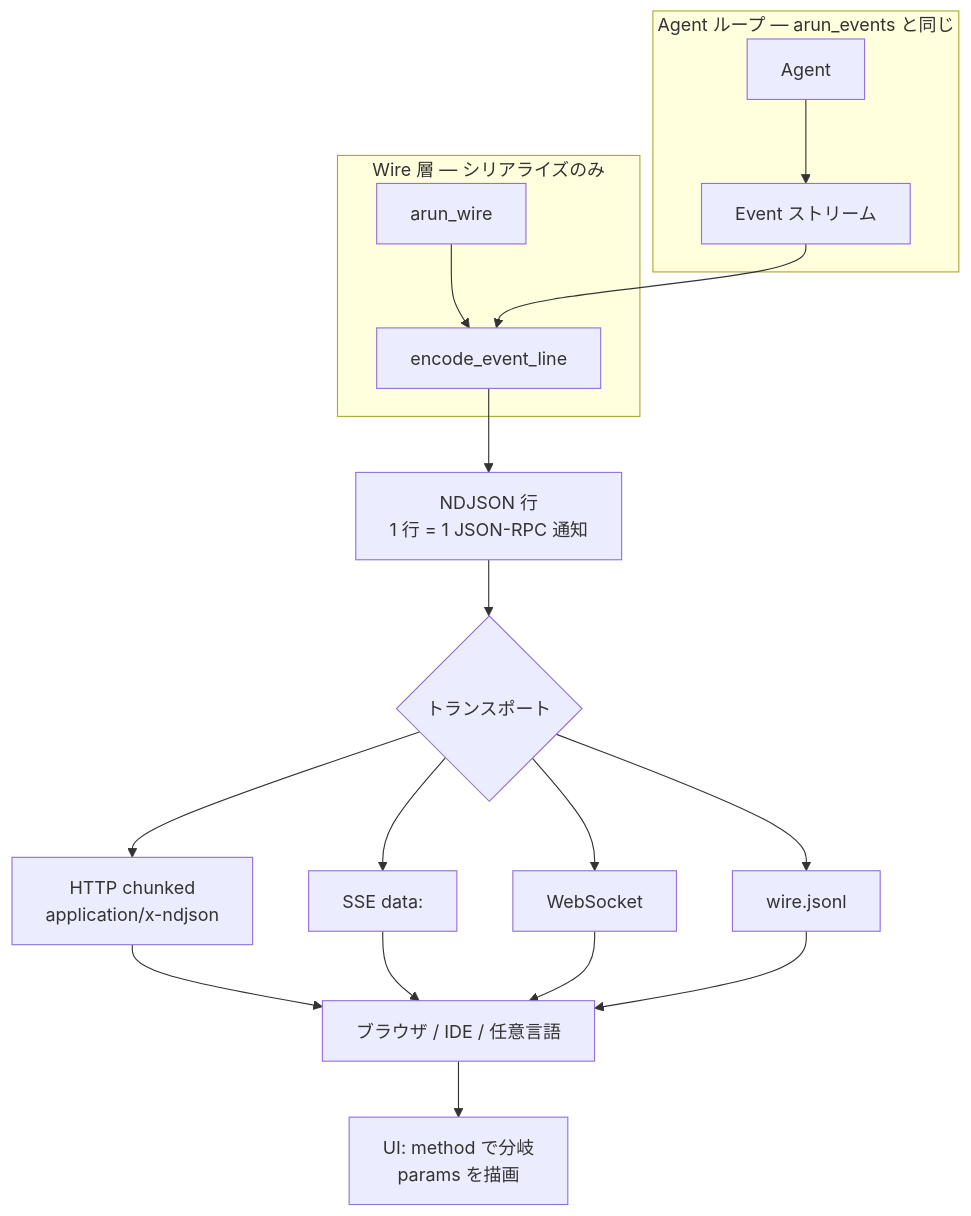
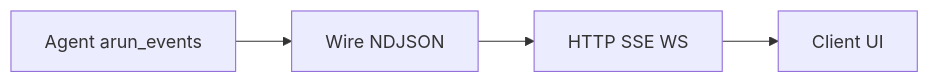
One commit to Mayerxjchen/ElectroMind changed the first of 4 diagrams in docs/ja/wire.md. Above: the diagram before and after it, drawn with Mermaid. The commit also changed other lines of this file and 23 other files, not shown here.

First line of the commit message:
docs: add Mermaid diagrams and fix rendering

````diff
--- a/docs/ja/wire.md
+++ b/docs/ja/wire.md
@@ -13,30 +13,9 @@
 ```mermaid
-flowchart TB
-  subgraph loop [Agent ループ — arun_events と同じ]
-    A[Agent]
-    E[Event ストリーム]
-    A --> E
-  end
+flowchart LR
+  A[Agent arun_events]
+  W[Wire NDJSON]
+  T[HTTP SSE WS]
+  U[Client UI]
 
-  subgraph wire [Wire 層 — シリアライズのみ]
-    W[arun_wire]
-    ENC[encode_event_line]
-    W --> ENC
-  end
-
-  E --> ENC
-  ENC --> NDJSON[NDJSON 行<br/>1 行 = 1 JSON-RPC 通知]
-
-  NDJSON --> T{トランスポート}
-  T --> H[HTTP chunked<br/>application/x-ndjson]
-  T --> S[SSE data:]
-  T --> WS[WebSocket]
-  T --> F[wire.jsonl]
-
-  H --> C[ブラウザ / IDE / 任意言語]
-  S --> C
-  WS --> C
-  F --> C
-
-  C --> UI[UI: method で分岐<br/>params を描画]
+  A --> W --> T --> U
 ```
````
